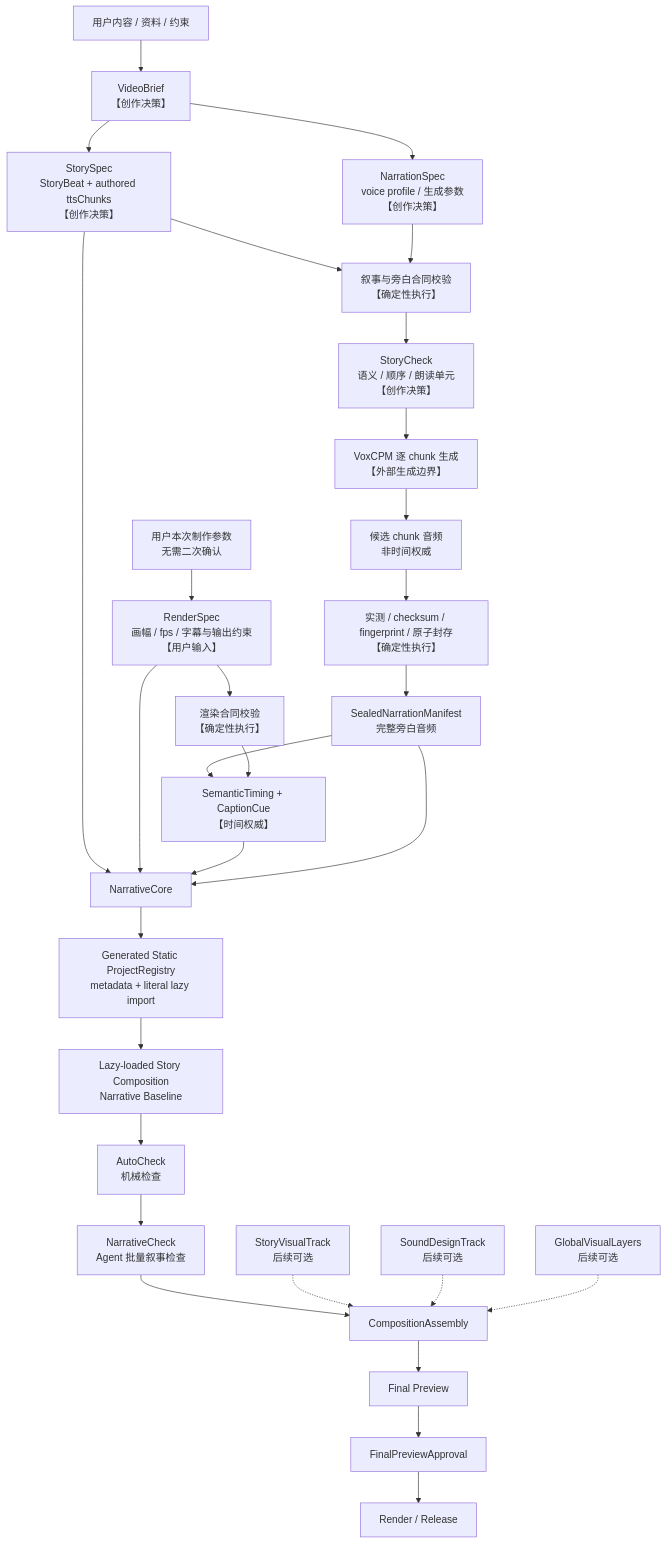
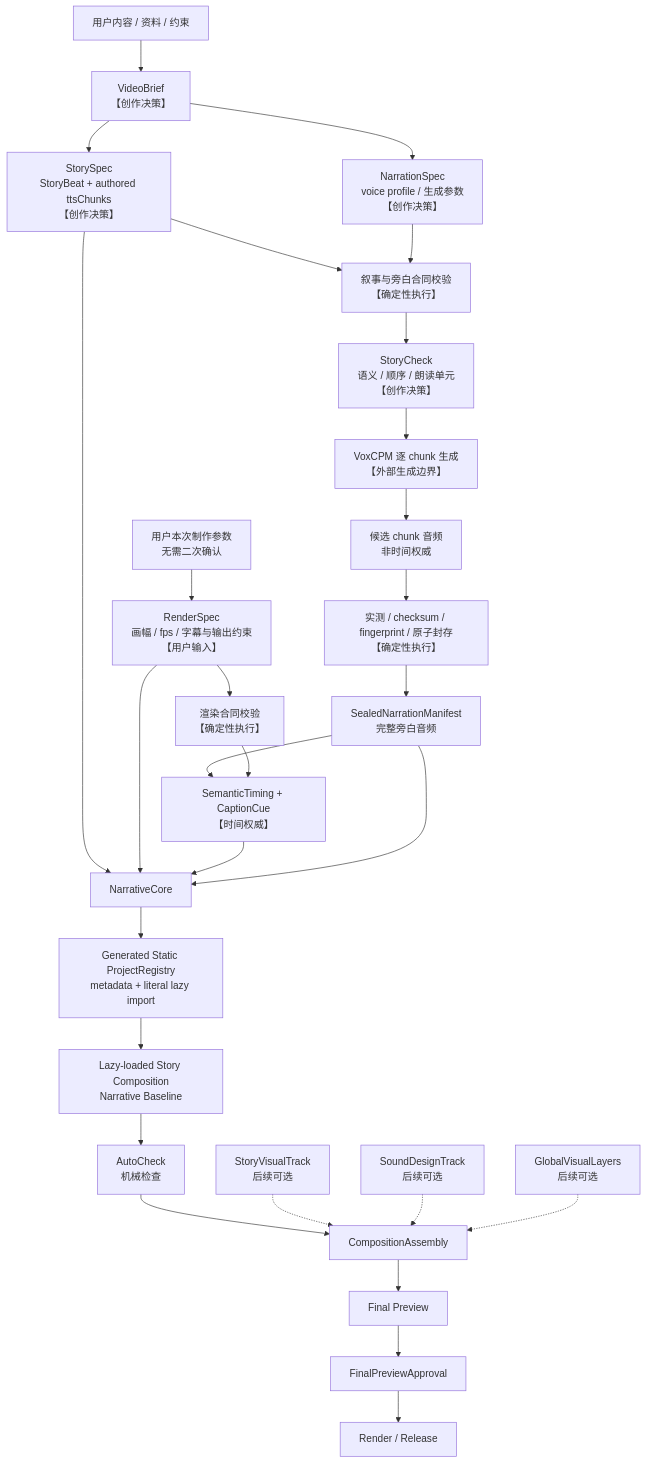
Before and after one commit to AXMORF/axmorf-studio: the diagram in docs/PRODUCTION_WORKFLOW.md, drawn with Mermaid. The commit also changed other lines of this file and 10 other files, not shown here.

````diff
--- a/docs/PRODUCTION_WORKFLOW.md
+++ b/docs/PRODUCTION_WORKFLOW.md
@@ -53,36 +52,35 @@
 ```mermaid
 flowchart TB
     Input["用户内容 / 资料 / 约束"] --> Brief["VideoBrief<br/>【创作决策】"]
     RenderInput["用户本次制作参数<br/>无需二次确认"] --> RenderSpec["RenderSpec<br/>画幅 / fps / 字幕与输出约束<br/>【用户输入】"]
     Brief --> Story["StorySpec<br/>StoryBeat + authored ttsChunks<br/>【创作决策】"]
     Brief --> NarrationSpec["NarrationSpec<br/>voice profile / 生成参数<br/>【创作决策】"]
     Story --> NarrationContract["叙事与旁白合同校验<br/>【确定性执行】"]
     NarrationSpec --> NarrationContract
     RenderSpec --> RenderContract["渲染合同校验<br/>【确定性执行】"]
 
     NarrationContract --> StoryCheck["StoryCheck<br/>语义 / 顺序 / 朗读单元<br/>【创作决策】"]
     StoryCheck --> Generate["VoxCPM 逐 chunk 生成<br/>【外部生成边界】"]
     Generate --> Candidates["候选 chunk 音频<br/>非时间权威"]
     Candidates --> Seal["实测 / checksum / fingerprint / 原子封存<br/>【确定性执行】"]
     Seal --> Narration["SealedNarrationManifest<br/>完整旁白音频"]
     Narration --> Timing["SemanticTiming + CaptionCue<br/>【时间权威】"]
     RenderContract --> Timing
 
     Story --> Core["NarrativeCore"]
     RenderSpec --> Core
     Timing --> Core
     Narration --> Core
     Core --> Register["Generated Static ProjectRegistry<br/>metadata + literal lazy import"]
     Register --> Baseline["Lazy-loaded Story Composition<br/>Narrative Baseline"]
     Baseline --> Auto["AutoCheck<br/>机械检查"]
-    Auto --> NarrativeCheck["NarrativeCheck<br/>Agent 批量叙事检查"]
 
-    NarrativeCheck --> Assembly["CompositionAssembly"]
+    Auto --> Assembly["CompositionAssembly"]
     Visual["StoryVisualTrack<br/>后续可选"] -.-> Assembly
     Sound["SoundDesignTrack<br/>后续可选"] -.-> Assembly
     Global["GlobalVisualLayers<br/>后续可选"] -.-> Assembly
 
     Assembly --> Preview["Final Preview"]
     Preview --> Approval["FinalPreviewApproval"]
     Approval --> Render["Render / Release"]
 ```
````
